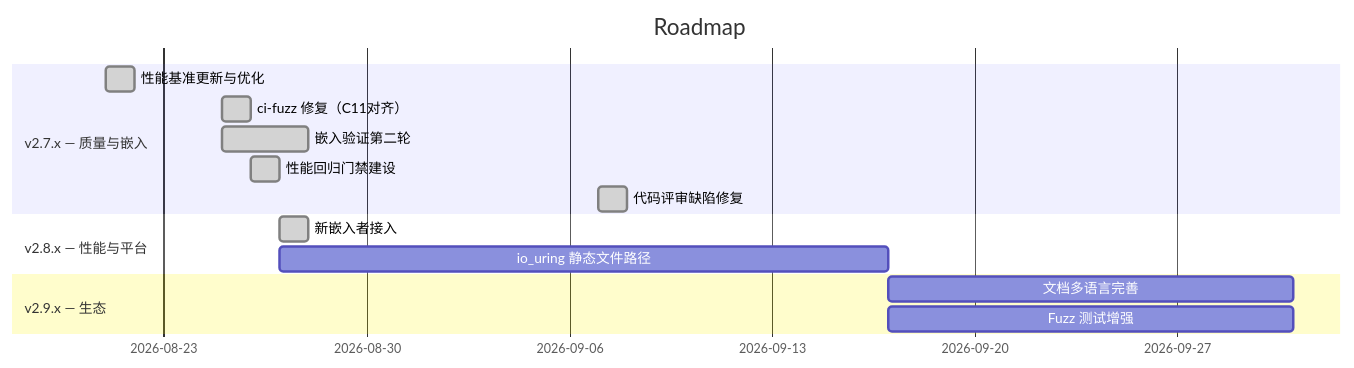
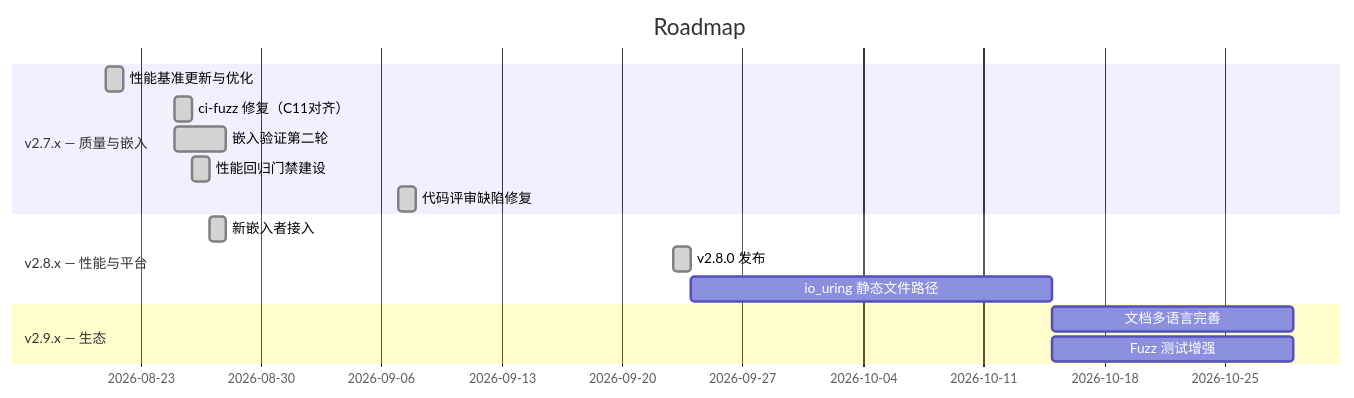
The diagram in brain/roadmap.md (adam-ikari/uvhttp), drawn with Mermaid before and after one commit. The commit also changed other lines of this file and 17 other files, not shown here.

````diff
--- a/brain/roadmap.md
+++ b/brain/roadmap.md
@@ -12,17 +12,18 @@
 ```mermaid
 gantt
   title Roadmap
   dateFormat YYYY-MM-DD
   section v2.7.x — 质量与嵌入
   性能基准更新与优化        :done, b1, 2026-08-21, 1d
   ci-fuzz 修复（C11对齐）  :done, b1b, 2026-08-25, 1d
   嵌入验证第二轮            :done, a3, 2026-08-25, 3d
   性能回归门禁建设          :done, b0, 2026-08-26, 1d
   代码评审缺陷修复          :done, b5, 2026-09-07, 1d
   section v2.8.x — 性能与平台
   新嵌入者接入              :done, a4, 2026-08-27, 1d
-  io_uring 静态文件路径     :b2, after b0, 21d
+  v2.8.0 发布               :done, b6, 2026-09-23, 1d
+  io_uring 静态文件路径     :b2, after b6, 21d
   section v2.9.x — 生态
   文档多语言完善            :c1, after b2, 14d
   Fuzz 测试增强            :c4, after b2, 14d
 ```
````
